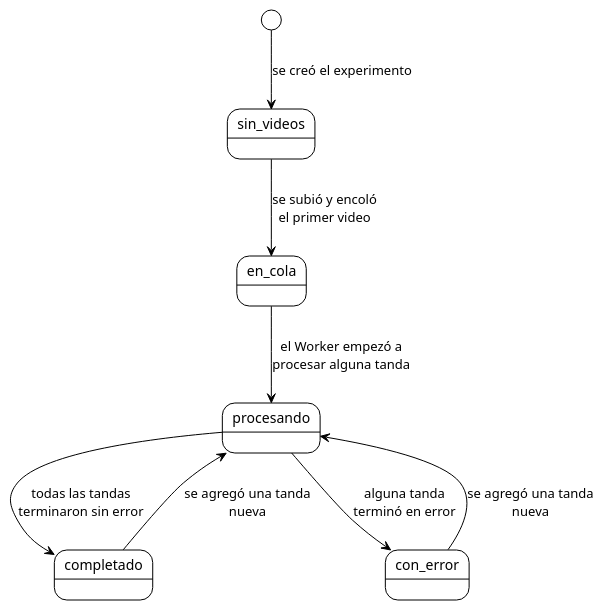
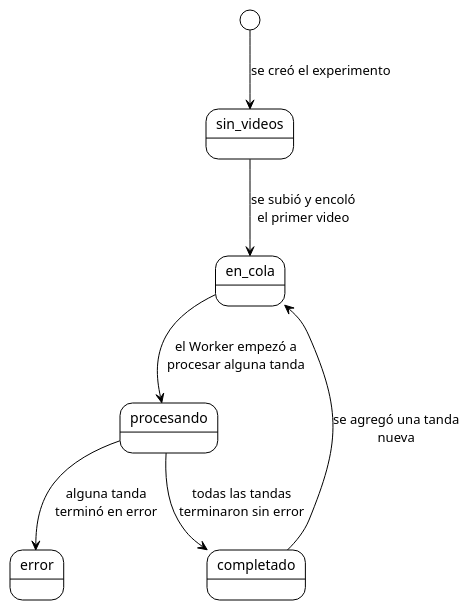
One commit to ErickJester/fst-ai-system-latex changed diagram 15 of 38 in INSTRUCCIONES-WEB.md. Above: the diagram before and after it, drawn with PlantUML. The commit also changed other lines of this file and 10 other files, not shown here.

First line of the commit message:
Cerrar los huecos del modelo D-37 a D-43 y rehacer los diagramas de login y analisis

````diff
--- a/INSTRUCCIONES-WEB.md
+++ b/INSTRUCCIONES-WEB.md
@@ -1636,16 +1637,15 @@
 ```plantuml
 @startuml estados_experimento
 !theme plain
 skinparam defaultFontName Arial
 skinparam shadowing false
 ' El estado del experimento NO se guarda: se calcula a partir de los
 ' analisis de todas sus tandas. Precedencia: error > procesando > en cola > completado.
 [*] --> sin_videos : se creó el experimento
 sin_videos --> en_cola : se subió y encoló\nel primer video
 en_cola --> procesando : el Worker empezó a\nprocesar alguna tanda
 procesando --> completado : todas las tandas\nterminaron sin error
-procesando --> con_error : alguna tanda\nterminó en error
-completado --> procesando : se agregó una tanda\nnueva
-con_error --> procesando : se agregó una tanda\nnueva
+procesando --> error : alguna tanda\nterminó en error
+completado --> en_cola : se agregó una tanda\nnueva
 @enduml
 ```
````
